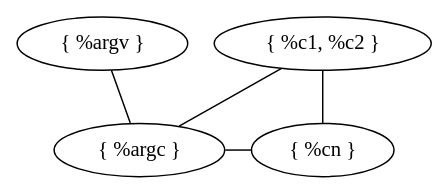
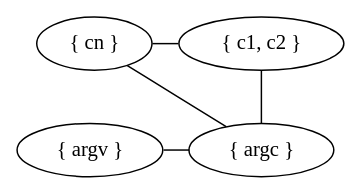
One commit to s1gtrap/bachelor-report changed the diagram in countdown.briggs.dot. Above: the diagram before and after it, drawn with Graphviz. The commit also changed 3 other files, not shown here.

```diff
--- a/countdown.briggs.dot
+++ b/countdown.briggs.dot
@@ -1,17 +1,14 @@
 graph G {
-  "{ %argc }";
-  "{ %argv }";
-  "{ %cn }";
-  "{ %c1, %c2 }";
+  "{ argc }";
+  "{ argv }";
+  "{ c1, c2 }";
+  "{ cn }";
 
 
-  "{ %argv }" -- "{ %argc }";
-  {rank=same;"{ %argc }" -- "{ %cn }"}
-  "{ %c1, %c2 }" -- "{ %argc }";
-  "{ %c1, %c2 }" -- "{ %cn }";
+  {rank=same;"{ argv }" -- "{ argc }"};
+  "{ c1, c2 }" -- "{ argc }";
+  "{ cn }" -- "{ argc }";
+  {rank=same;"{ cn }" -- "{ c1, c2 }"};
+  "{ cn }" -- "{ argv }"[style=invis];
 
-  edge [style=invis]
-  {rank=same;"{ %argv }" -- "{ %c1, %c2 }"}
-  
-
-}
+  }
```
